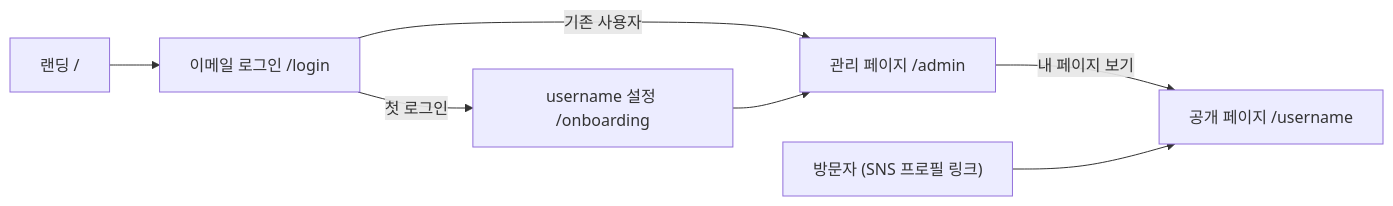
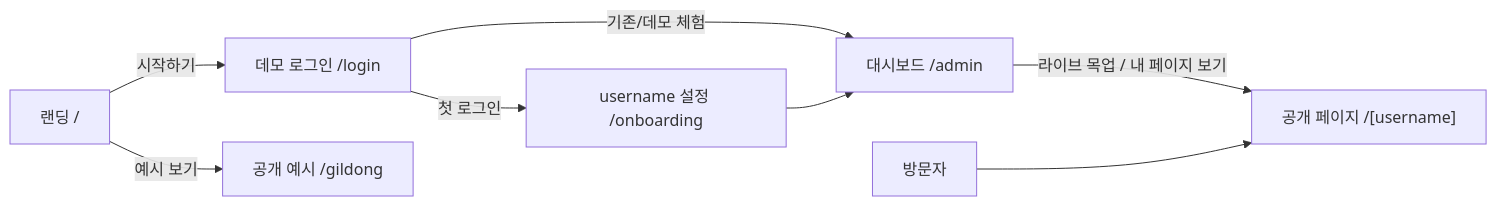
One commit to SELC2026UNIVER/my_link changed the first of 2 diagrams in PRD.md. Above: the diagram before and after it, drawn with Mermaid. The commit also changed other lines of this file, not shown here.

````diff
--- a/PRD.md
+++ b/PRD.md
@@ -66,9 +71,10 @@
 ```mermaid
 flowchart LR
-    A["랜딩 /"] --> C["이메일 로그인 /login"]
+    A["랜딩 /"] -->|"시작하기"| C["데모 로그인 /login"]
+    A -->|"예시 보기"| G["공개 예시 /gildong"]
     C -->|"첫 로그인"| B["username 설정 /onboarding"]
-    C -->|"기존 사용자"| D["관리 페이지 /admin"]
+    C -->|"기존/데모 체험"| D["대시보드 /admin"]
     B --> D
-    D -->|"내 페이지 보기"| E["공개 페이지 /username"]
-    F["방문자 (SNS 프로필 링크)"] --> E
+    D -->|"라이브 목업 / 내 페이지 보기"| E["공개 페이지 /[username]"]
+    F["방문자"] --> E
 ```
````
